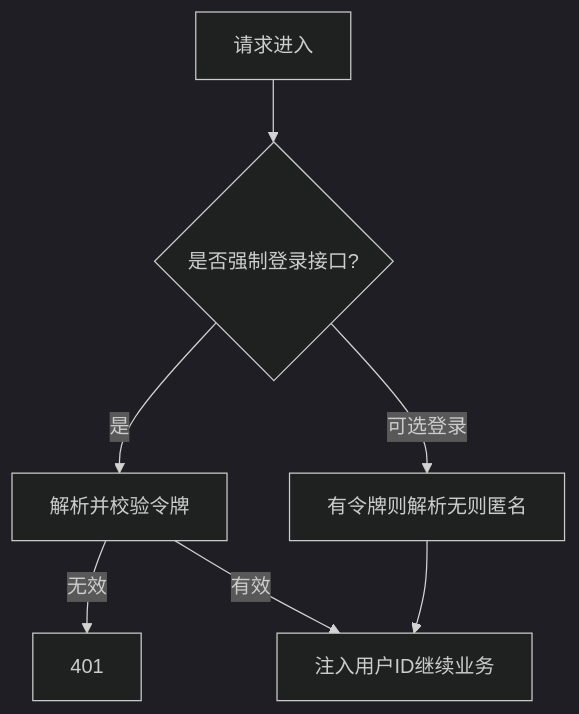
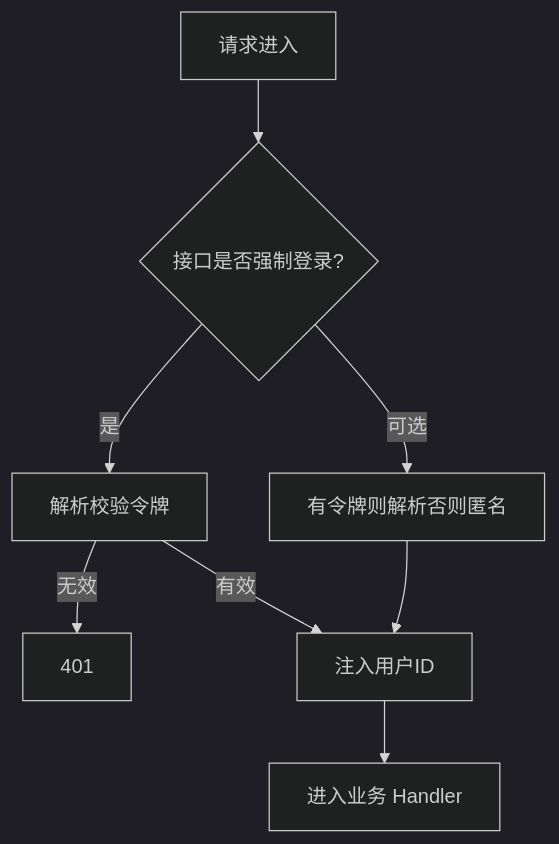
One commit to bitladykiller/zhiguang_go changed the second of 2 diagrams in docs/modules/02-鉴权与安全模块.md. Above: the diagram before and after it, drawn with Mermaid (dark theme). The commit also changed other lines of this file and 13 other files, not shown here.

````diff
--- a/docs/modules/02-鉴权与安全模块.md
+++ b/docs/modules/02-鉴权与安全模块.md
@@ -284,9 +25,10 @@
 ```mermaid
 flowchart TD
-    A[请求进入] --> B{是否强制登录接口?}
-    B -->|是| C[解析并校验令牌]
+    A[请求进入] --> B{接口是否强制登录?}
+    B -->|是| C[解析校验令牌]
     C -->|无效| D[401]
-    C -->|有效| E[注入用户ID继续业务]
-    B -->|可选登录| F[有令牌则解析无则匿名]
+    C -->|有效| E[注入用户ID]
+    B -->|可选| F[有令牌则解析否则匿名]
     F --> E
+    E --> G[进入业务 Handler]
 ```
````
